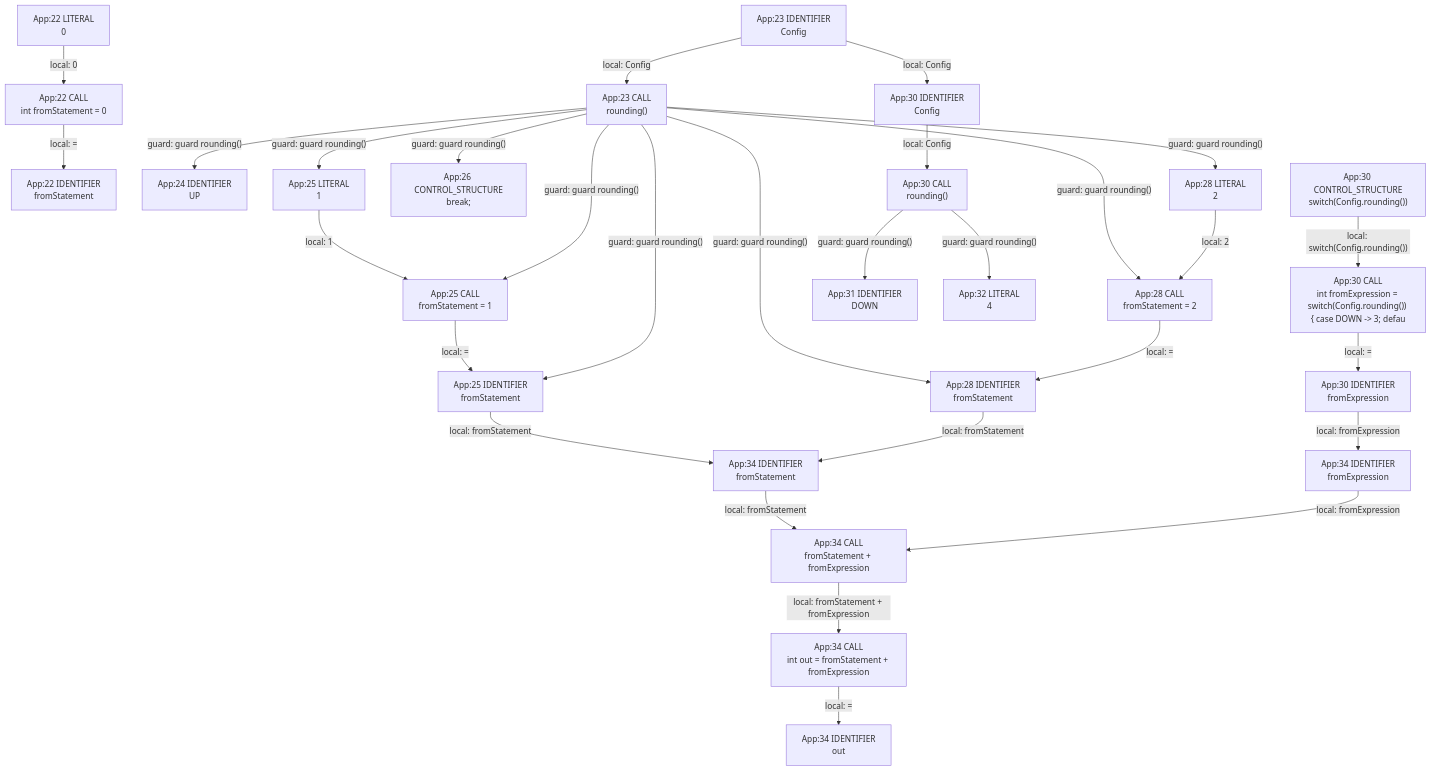
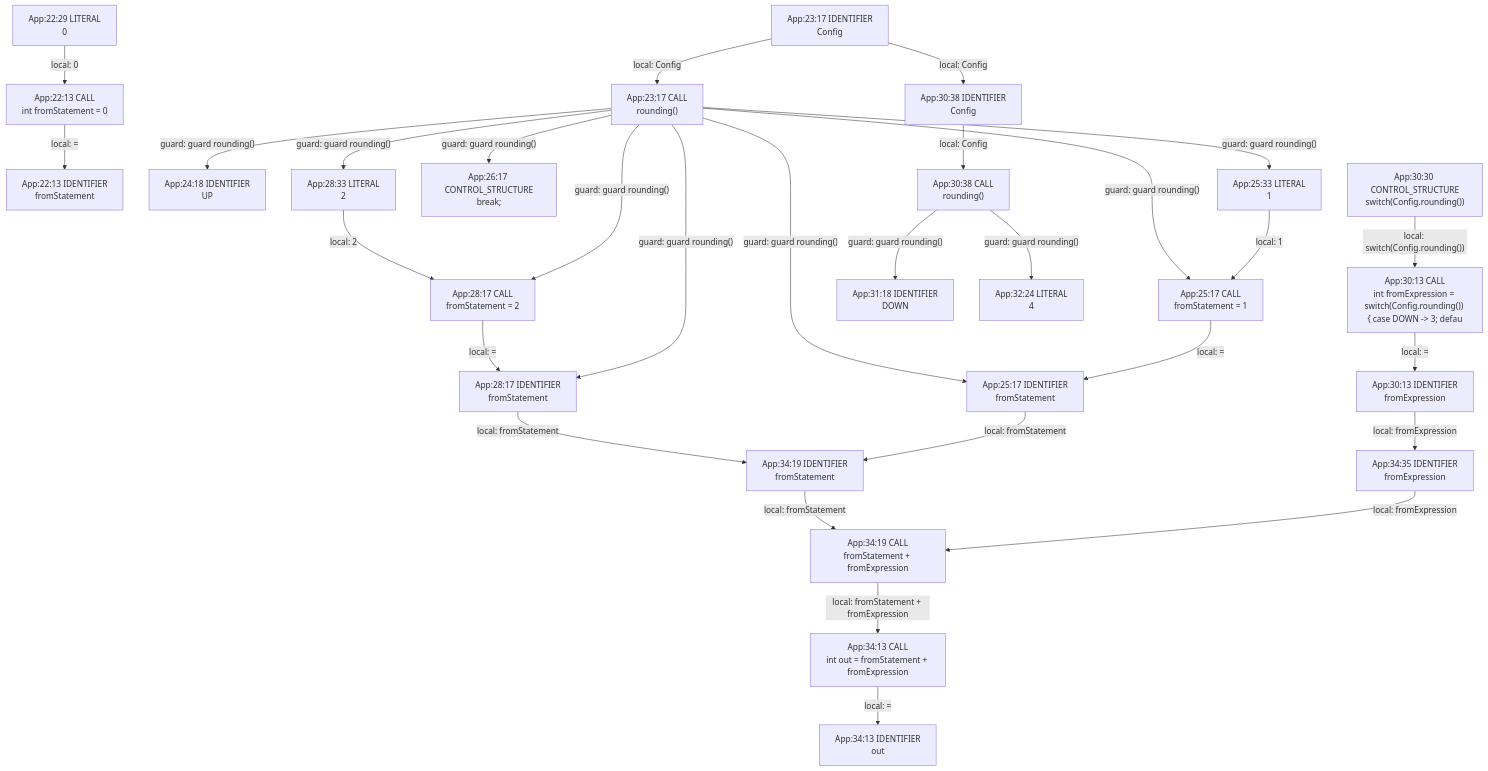
One commit to gstiebler/codeflow changed the diagram in app/src/test/resources/externalEnumSwitch/spike-truth.md. Above: the diagram before and after it, drawn with Mermaid. The commit also changed 154 other files, not shown here.

````diff
--- a/app/src/test/resources/externalEnumSwitch/spike-truth.md
+++ b/app/src/test/resources/externalEnumSwitch/spike-truth.md
@@ -3,56 +3,56 @@
 ```mermaid
 flowchart TD
-  n0["App:22 CALL<br/>int fromStatement = 0"]
-  n1["App:22 IDENTIFIER<br/>fromStatement"]
-  n2["App:22 LITERAL<br/>0"]
-  n3["App:23 CALL<br/>rounding()"]
-  n4["App:23 IDENTIFIER<br/>Config"]
-  n5["App:24 IDENTIFIER<br/>UP"]
-  n6["App:25 CALL<br/>fromStatement = 1"]
-  n7["App:25 IDENTIFIER<br/>fromStatement"]
-  n8["App:25 LITERAL<br/>1"]
-  n9["App:26 CONTROL_STRUCTURE<br/>break;"]
-  n10["App:28 CALL<br/>fromStatement = 2"]
-  n11["App:28 IDENTIFIER<br/>fromStatement"]
-  n12["App:28 LITERAL<br/>2"]
-  n13["App:30 CALL<br/>int fromExpression = switch(Config.rounding()) { case DOWN -#gt; 3; defau"]
-  n14["App:30 CALL<br/>rounding()"]
-  n15["App:30 CONTROL_STRUCTURE<br/>switch(Config.rounding())"]
-  n16["App:30 IDENTIFIER<br/>Config"]
-  n17["App:30 IDENTIFIER<br/>fromExpression"]
-  n18["App:31 IDENTIFIER<br/>DOWN"]
-  n19["App:32 LITERAL<br/>4"]
-  n20["App:34 CALL<br/>fromStatement + fromExpression"]
-  n21["App:34 CALL<br/>int out = fromStatement + fromExpression"]
-  n22["App:34 IDENTIFIER<br/>fromExpression"]
-  n23["App:34 IDENTIFIER<br/>fromStatement"]
-  n24["App:34 IDENTIFIER<br/>out"]
+  n0["App:22:13 CALL<br/>int fromStatement = 0"]
+  n1["App:22:13 IDENTIFIER<br/>fromStatement"]
+  n2["App:22:29 LITERAL<br/>0"]
+  n3["App:23:17 CALL<br/>rounding()"]
+  n4["App:23:17 IDENTIFIER<br/>Config"]
+  n5["App:24:18 IDENTIFIER<br/>UP"]
+  n6["App:25:17 CALL<br/>fromStatement = 1"]
+  n7["App:25:17 IDENTIFIER<br/>fromStatement"]
+  n8["App:25:33 LITERAL<br/>1"]
+  n9["App:26:17 CONTROL_STRUCTURE<br/>break;"]
+  n10["App:28:17 CALL<br/>fromStatement = 2"]
+  n11["App:28:17 IDENTIFIER<br/>fromStatement"]
+  n12["App:28:33 LITERAL<br/>2"]
+  n13["App:30:13 CALL<br/>int fromExpression = switch(Config.rounding()) { case DOWN -#gt; 3; defau"]
+  n14["App:30:13 IDENTIFIER<br/>fromExpression"]
+  n15["App:30:30 CONTROL_STRUCTURE<br/>switch(Config.rounding())"]
+  n16["App:30:38 CALL<br/>rounding()"]
+  n17["App:30:38 IDENTIFIER<br/>Config"]
+  n18["App:31:18 IDENTIFIER<br/>DOWN"]
+  n19["App:32:24 LITERAL<br/>4"]
+  n20["App:34:13 CALL<br/>int out = fromStatement + fromExpression"]
+  n21["App:34:13 IDENTIFIER<br/>out"]
+  n22["App:34:19 CALL<br/>fromStatement + fromExpression"]
+  n23["App:34:19 IDENTIFIER<br/>fromStatement"]
+  n24["App:34:35 IDENTIFIER<br/>fromExpression"]
   n0 -->|"local: ="| n1
   n10 -->|"local: ="| n11
   n11 -->|"local: fromStatement"| n23
   n12 -->|"local: 2"| n10
-  n13 -->|"local: ="| n17
-  n14 -->|"guard: guard rounding()"| n18
-  n14 -->|"guard: guard rounding()"| n19
+  n13 -->|"local: ="| n14
+  n14 -->|"local: fromExpression"| n24
   n15 -->|"local: switch(Config.rounding())"| n13
-  n16 -->|"local: Config"| n14
-  n17 -->|"local: fromExpression"| n22
+  n16 -->|"guard: guard rounding()"| n18
+  n16 -->|"guard: guard rounding()"| n19
+  n17 -->|"local: Config"| n16
   n2 -->|"local: 0"| n0
-  n20 -->|"local: fromStatement + fromExpression"| n21
-  n21 -->|"local: ="| n24
-  n22 -->|"local: fromExpression"| n20
-  n23 -->|"local: fromStatement"| n20
+  n20 -->|"local: ="| n21
+  n22 -->|"local: fromStatement + fromExpression"| n20
+  n23 -->|"local: fromStatement"| n22
+  n24 -->|"local: fromExpression"| n22
   n3 -->|"guard: guard rounding()"| n10
   n3 -->|"guard: guard rounding()"| n11
   n3 -->|"guard: guard rounding()"| n12
   n3 -->|"guard: guard rounding()"| n5
   n3 -->|"guard: guard rounding()"| n6
   n3 -->|"guard: guard rounding()"| n7
   n3 -->|"guard: guard rounding()"| n8
   n3 -->|"guard: guard rounding()"| n9
-  n4 -->|"local: Config"| n16
+  n4 -->|"local: Config"| n17
   n4 -->|"local: Config"| n3
   n6 -->|"local: ="| n7
   n7 -->|"local: fromStatement"| n23
   n8 -->|"local: 1"| n6
 ```
````
